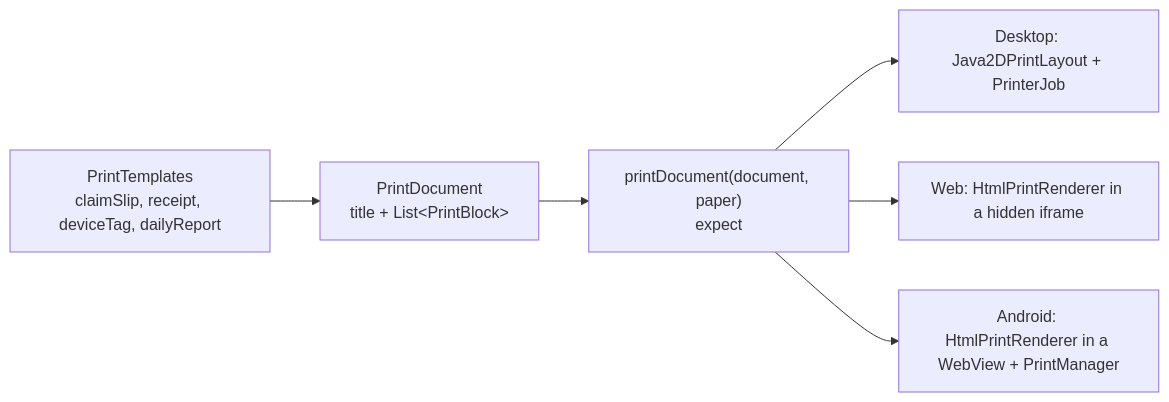
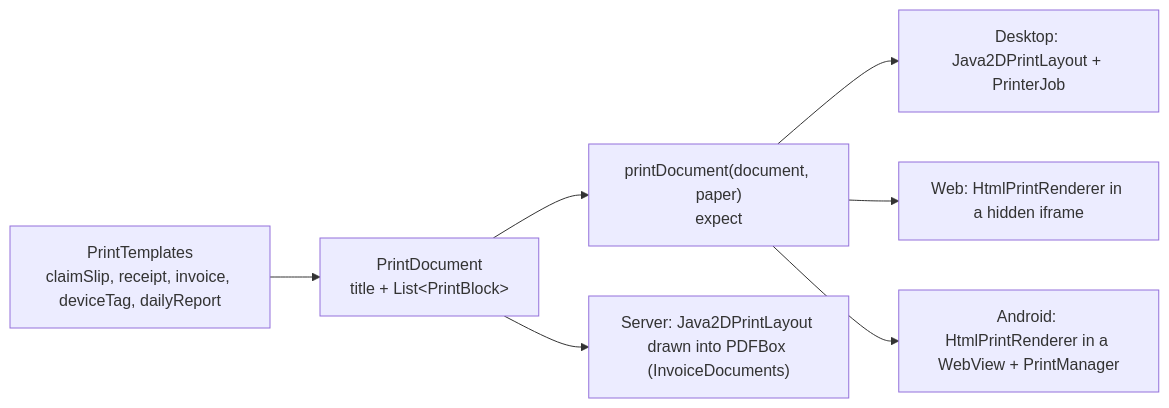
The diagram in docs/client/printing.md (Mr0btain/TicketMan), drawn with Mermaid before and after one commit. The commit also changed other lines of this file and 97 other files, not shown here.

````diff
--- a/docs/client/printing.md
+++ b/docs/client/printing.md
@@ -10,8 +11,9 @@
 ```mermaid
 flowchart LR
-    T["PrintTemplates<br/>claimSlip, receipt, deviceTag, dailyReport"] --> D["PrintDocument<br/>title + List&lt;PrintBlock&gt;"]
+    T["PrintTemplates<br/>claimSlip, receipt, invoice, deviceTag, dailyReport"] --> D["PrintDocument<br/>title + List&lt;PrintBlock&gt;"]
     D --> P["printDocument(document, paper)<br/>expect"]
     P --> J["Desktop: Java2DPrintLayout + PrinterJob"]
     P --> W["Web: HtmlPrintRenderer in a hidden iframe"]
     P --> A["Android: HtmlPrintRenderer in a WebView + PrintManager"]
+    D --> S["Server: Java2DPrintLayout drawn into PDFBox (InvoiceDocuments)"]
 ```
````
